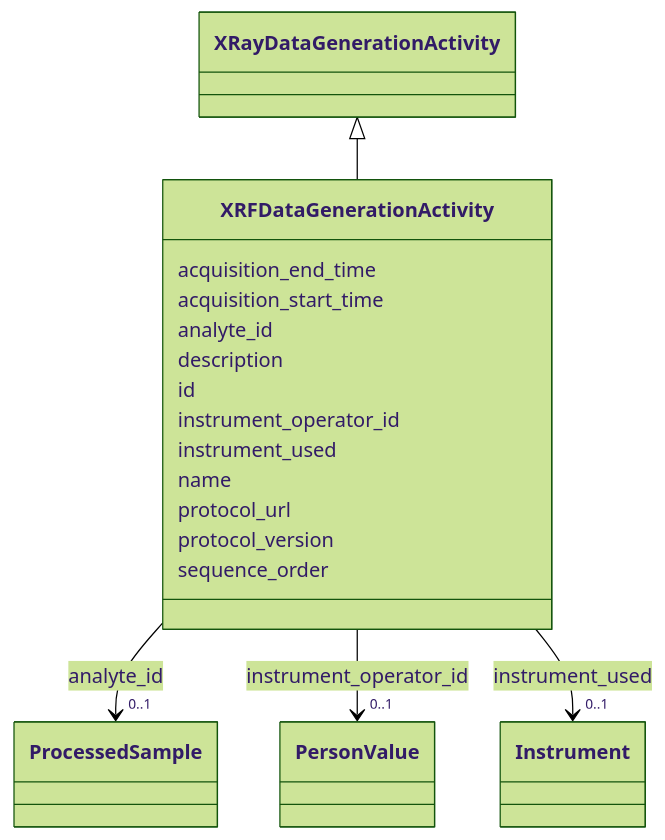
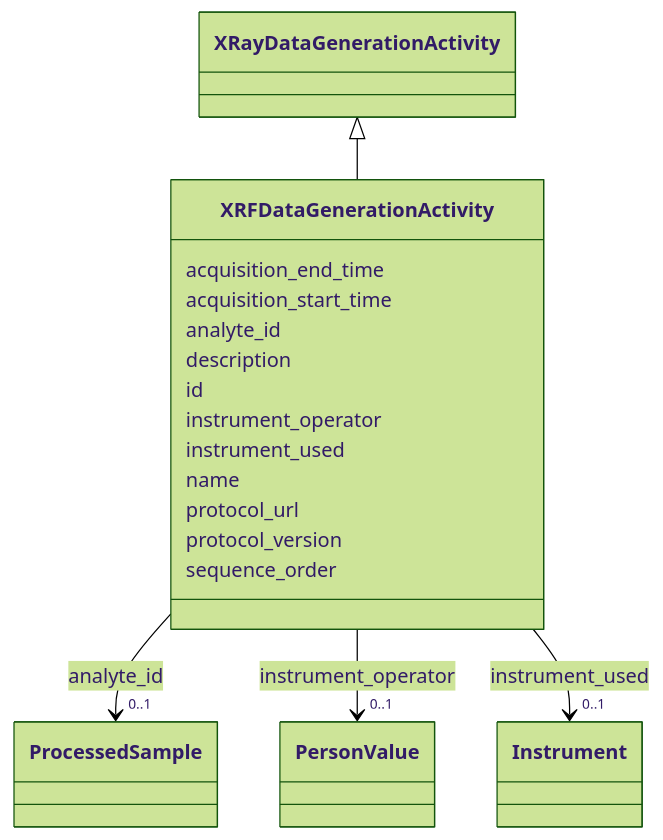
Before and after one commit to EMSL-Computing/BASALT-Schema: the diagram in docs/elements/XRFDataGenerationActivity.md, drawn with Mermaid (forest theme). The commit also changed other lines of this file and 550 other files, not shown here.

````diff
--- a/docs/elements/XRFDataGenerationActivity.md
+++ b/docs/elements/XRFDataGenerationActivity.md
@@ -62,58 +62,58 @@
 ```mermaid
  classDiagram
     class XRFDataGenerationActivity
     click XRFDataGenerationActivity href "../XRFDataGenerationActivity/"
       XRayDataGenerationActivity <|-- XRFDataGenerationActivity
         click XRayDataGenerationActivity href "../XRayDataGenerationActivity/"
       
       XRFDataGenerationActivity : acquisition_end_time
         
       XRFDataGenerationActivity : acquisition_start_time
         
       XRFDataGenerationActivity : analyte_id
         
           
     
         
         
         XRFDataGenerationActivity --> "0..1" ProcessedSample : analyte_id
         click ProcessedSample href "../ProcessedSample/"
     
 
         
       XRFDataGenerationActivity : description
         
       XRFDataGenerationActivity : id
         
-      XRFDataGenerationActivity : instrument_operator_id
+      XRFDataGenerationActivity : instrument_operator
         
           
     
         
         
-        XRFDataGenerationActivity --> "0..1" PersonValue : instrument_operator_id
+        XRFDataGenerationActivity --> "0..1" PersonValue : instrument_operator
         click PersonValue href "../PersonValue/"
     
 
         
       XRFDataGenerationActivity : instrument_used
         
           
     
         
         
         XRFDataGenerationActivity --> "0..1" Instrument : instrument_used
         click Instrument href "../Instrument/"
     
 
         
       XRFDataGenerationActivity : name
         
       XRFDataGenerationActivity : protocol_url
         
       XRFDataGenerationActivity : protocol_version
         
       XRFDataGenerationActivity : sequence_order
         
       
 ```
````
